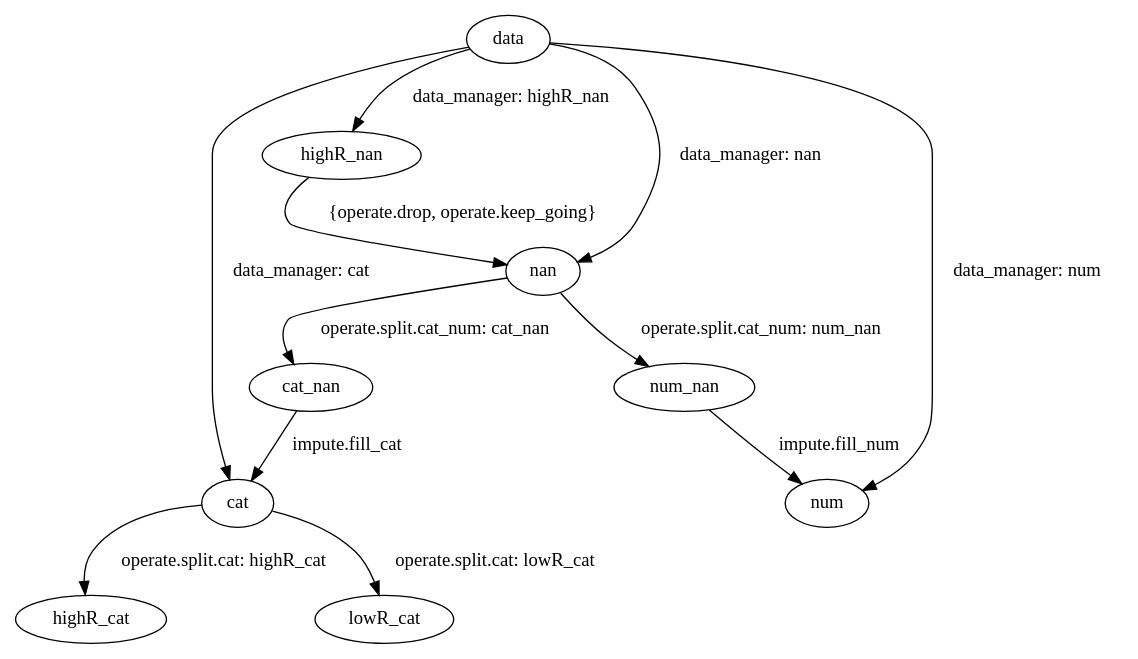
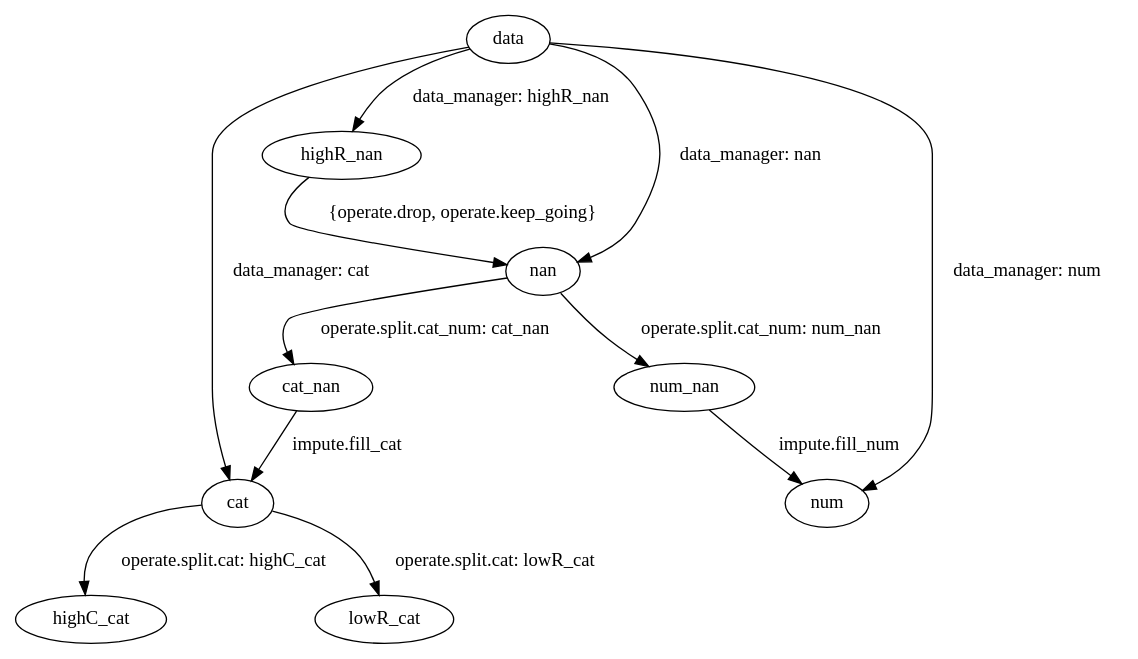
The sixth of 8 diagrams in docs/introduction.rst (auto-flow/auto-flow), drawn with Graphviz before and after one commit. The commit also changed other lines of this file and 32 other files, not shown here.

Commit message:
adaptive_imputer new feature_groups new hdl_constructor(support impute, delete index, add 'process_sequence')

```diff
--- a/docs/introduction.rst
+++ b/docs/introduction.rst
@@ -265,15 +265,15 @@
 .. graphviz::
 
    digraph estimating {
       "data" -> "cat" [ label="data_manager: cat" ];
       "data" -> "num" [ label="data_manager: num" ];
       "data" -> "nan" [ label="data_manager: nan" ];
       "data" -> "highR_nan" [ label="data_manager: highR_nan" ];
       "highR_nan" -> "nan" [ label="{operate.drop, operate.keep_going}" ];
       "nan" -> "cat_nan" [ label="operate.split.cat_num: cat_nan" ];
       "nan" -> "num_nan" [ label="operate.split.cat_num: num_nan" ];
       "cat_nan" -> "cat" [ label="impute.fill_cat" ];
       "num_nan" -> "num" [ label="impute.fill_num" ];
-      "cat" -> "highR_cat" [ label="operate.split.cat: highR_cat" ];
+      "cat" -> "highC_cat" [ label="operate.split.cat: highC_cat" ];
       "cat" -> "lowR_cat" [ label="operate.split.cat: lowR_cat" ];
    }
```
